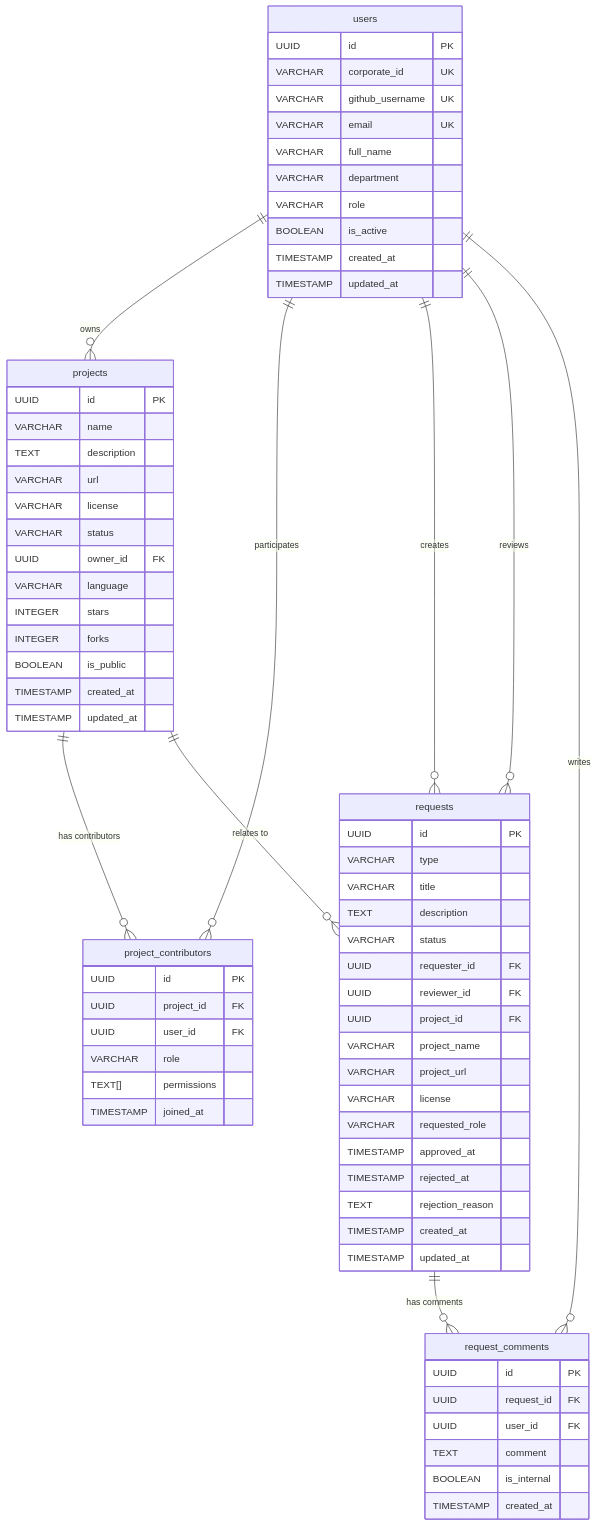
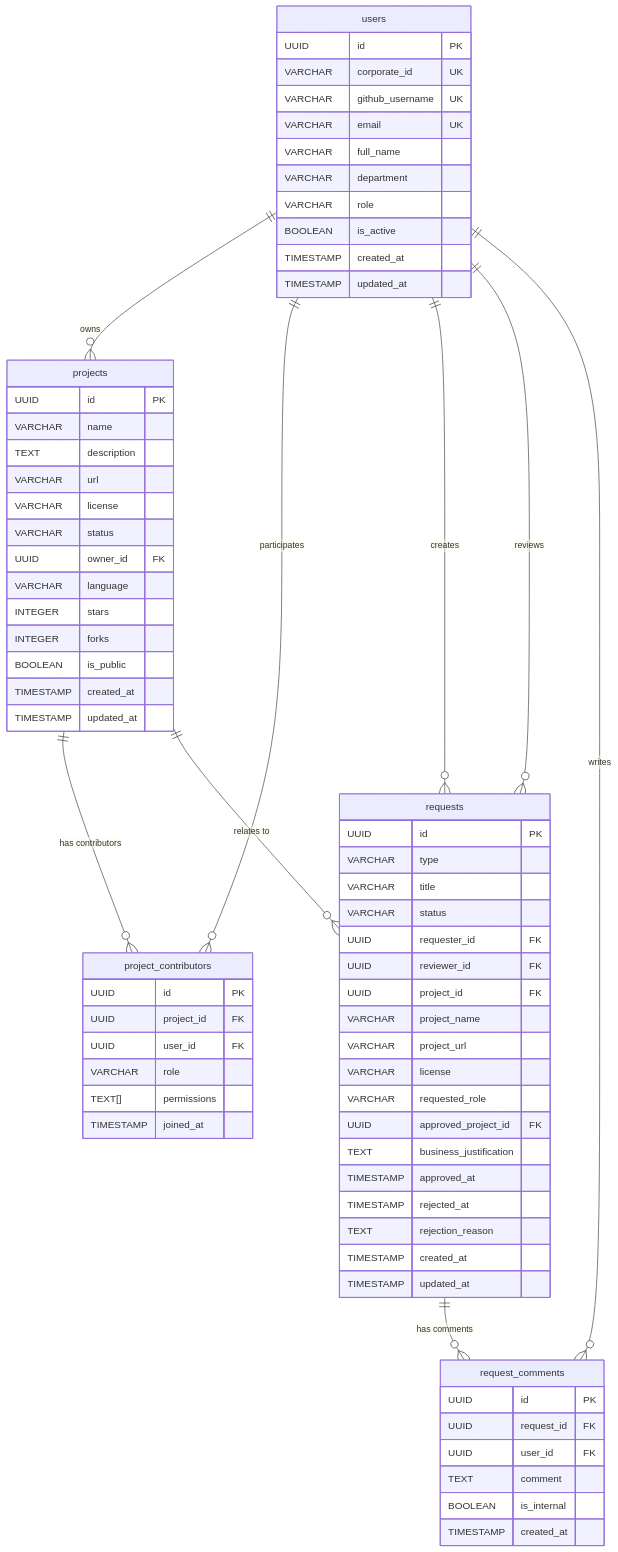
Before and after one commit to michael-bowen-sc/sourcestream: the first of 3 diagrams in docs/architecture.md, drawn with Mermaid. The commit also changed 53 other files, not shown here.

````diff
--- a/docs/architecture.md
+++ b/docs/architecture.md
@@ -9,78 +9,79 @@
 ```mermaid
 erDiagram
     users {
         UUID id PK
         VARCHAR corporate_id UK
         VARCHAR github_username UK
         VARCHAR email UK
         VARCHAR full_name
         VARCHAR department
         VARCHAR role
         BOOLEAN is_active
         TIMESTAMP created_at
         TIMESTAMP updated_at
     }
 
     projects {
         UUID id PK
         VARCHAR name
         TEXT description
         VARCHAR url
         VARCHAR license
         VARCHAR status
         UUID owner_id FK
         VARCHAR language
         INTEGER stars
         INTEGER forks
         BOOLEAN is_public
         TIMESTAMP created_at
         TIMESTAMP updated_at
     }
 
     project_contributors {
         UUID id PK
         UUID project_id FK
         UUID user_id FK
         VARCHAR role
         TEXT[] permissions
         TIMESTAMP joined_at
     }
 
     requests {
         UUID id PK
         VARCHAR type
         VARCHAR title
-        TEXT description
         VARCHAR status
         UUID requester_id FK
         UUID reviewer_id FK
         UUID project_id FK
         VARCHAR project_name
         VARCHAR project_url
         VARCHAR license
         VARCHAR requested_role
+        UUID approved_project_id FK
+        TEXT business_justification
         TIMESTAMP approved_at
         TIMESTAMP rejected_at
         TEXT rejection_reason
         TIMESTAMP created_at
         TIMESTAMP updated_at
     }
 
     request_comments {
         UUID id PK
         UUID request_id FK
         UUID user_id FK
         TEXT comment
         BOOLEAN is_internal
         TIMESTAMP created_at
     }
 
     users ||--o{ projects : "owns"
     users ||--o{ project_contributors : "participates"
     projects ||--o{ project_contributors : "has contributors"
     users ||--o{ requests : "creates"
     users ||--o{ requests : "reviews"
     projects ||--o{ requests : "relates to"
     requests ||--o{ request_comments : "has comments"
     users ||--o{ request_comments : "writes"
 ```
````
